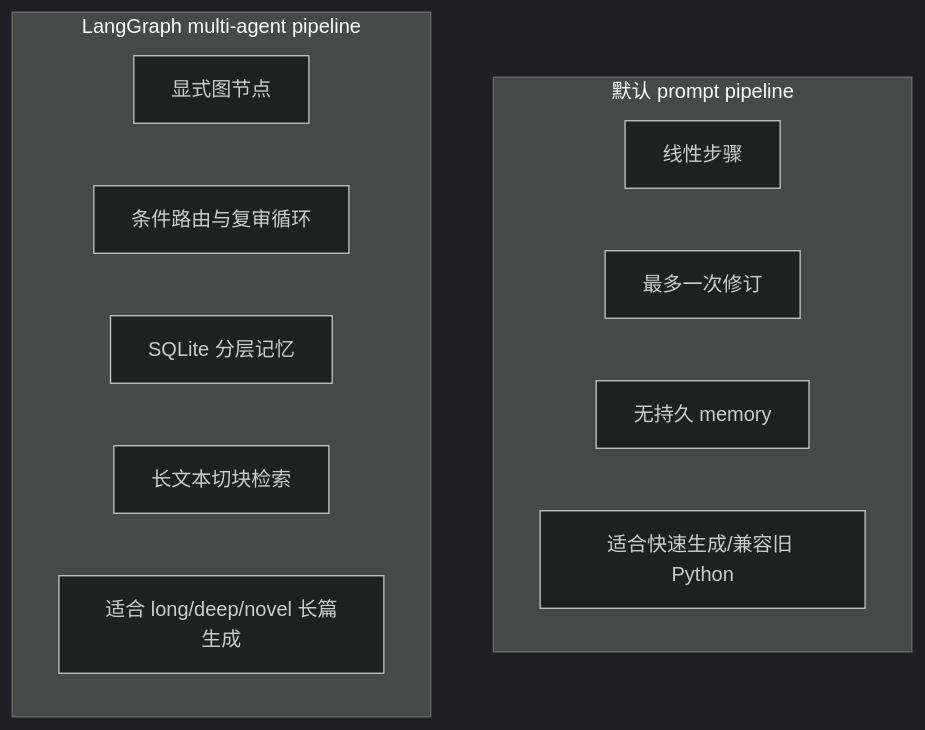
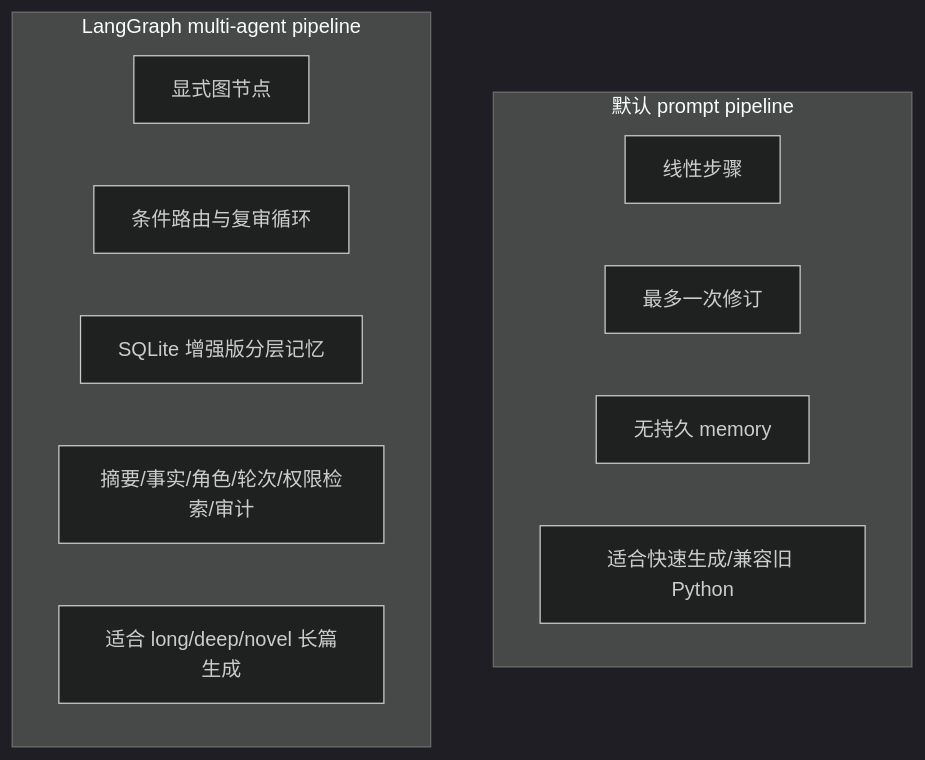
Before and after one commit to AmorFatiliwenjie/juben-sha-agent: the seventh of 7 diagrams in docs/TECHNICAL_FLOW.md, drawn with Mermaid (dark theme). The commit also changed other lines of this file and 5 other files, not shown here.

````diff
--- a/docs/TECHNICAL_FLOW.md
+++ b/docs/TECHNICAL_FLOW.md
@@ -165,17 +233,17 @@
 ```mermaid
 flowchart TB
     subgraph PromptPipeline["默认 prompt pipeline"]
         P1[线性步骤]
         P2[最多一次修订]
         P3[无持久 memory]
         P4[适合快速生成/兼容旧 Python]
     end
 
     subgraph LangGraphPipeline["LangGraph multi-agent pipeline"]
         L1[显式图节点]
         L2[条件路由与复审循环]
-        L3[SQLite 分层记忆]
-        L4[长文本切块检索]
+        L3[SQLite 增强版分层记忆]
+        L4[摘要/事实/角色/轮次/权限检索/审计]
         L5[适合 long/deep/novel 长篇生成]
     end
 ```
````
